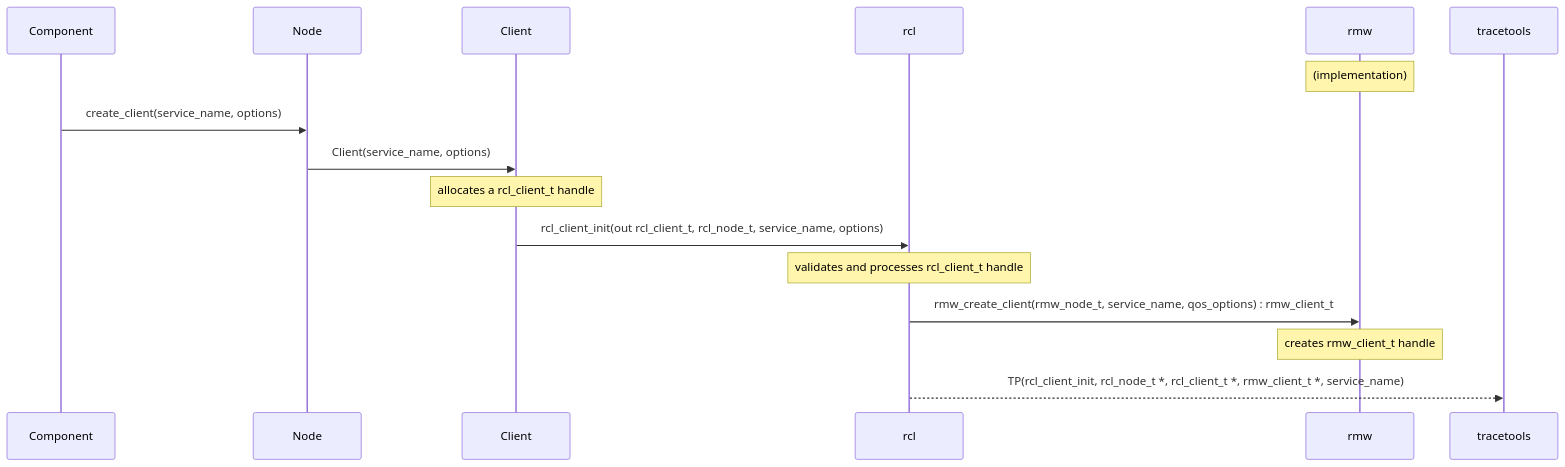
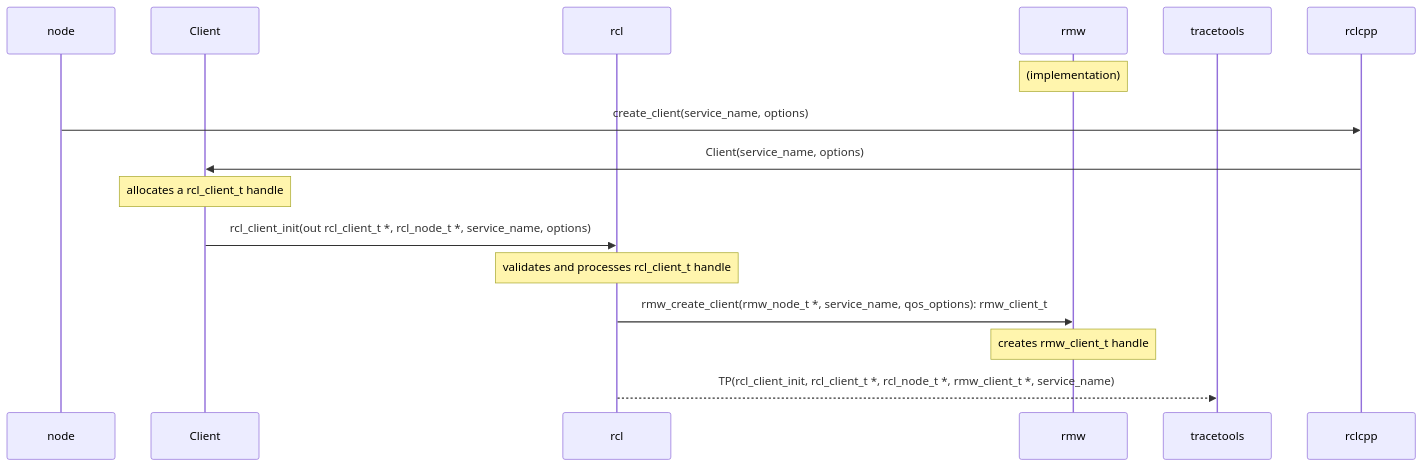
The tenth of 17 diagrams in doc/design_ros_2.md (ros2-split-gbp/ros2_tracing-release), drawn with Mermaid before and after one commit. The commit also changed other lines of this file and 83 other files, not shown here.

````diff
--- a/doc/design_ros_2.md
+++ b/doc/design_ros_2.md
@@ -398,20 +569,19 @@
 ```mermaid
 sequenceDiagram
-    participant Component
-    participant Node
+    participant node
     participant Client
     participant rcl
     participant rmw
     participant tracetools
 
     Note over rmw: (implementation)
 
-    Component->>Node: create_client(service_name, options)
-    Node->>Client: Client(service_name, options)
+    node->>rclcpp: create_client(service_name, options)
+    rclcpp->>Client: Client(service_name, options)
     Note over Client: allocates a rcl_client_t handle
-    Client->>rcl: rcl_client_init(out rcl_client_t, rcl_node_t, service_name, options)
+    Client->>rcl: rcl_client_init(out rcl_client_t *, rcl_node_t *, service_name, options)
     Note over rcl: validates and processes rcl_client_t handle
-    rcl->>rmw: rmw_create_client(rmw_node_t, service_name, qos_options) : rmw_client_t
+    rcl->>rmw: rmw_create_client(rmw_node_t *, service_name, qos_options): rmw_client_t
     Note over rmw: creates rmw_client_t handle
-    rcl-->>tracetools: TP(rcl_client_init, rcl_node_t *, rcl_client_t *, rmw_client_t *, service_name)
+    rcl-->>tracetools: TP(rcl_client_init, rcl_client_t *, rcl_node_t *, rmw_client_t *, service_name)
 ```
````
